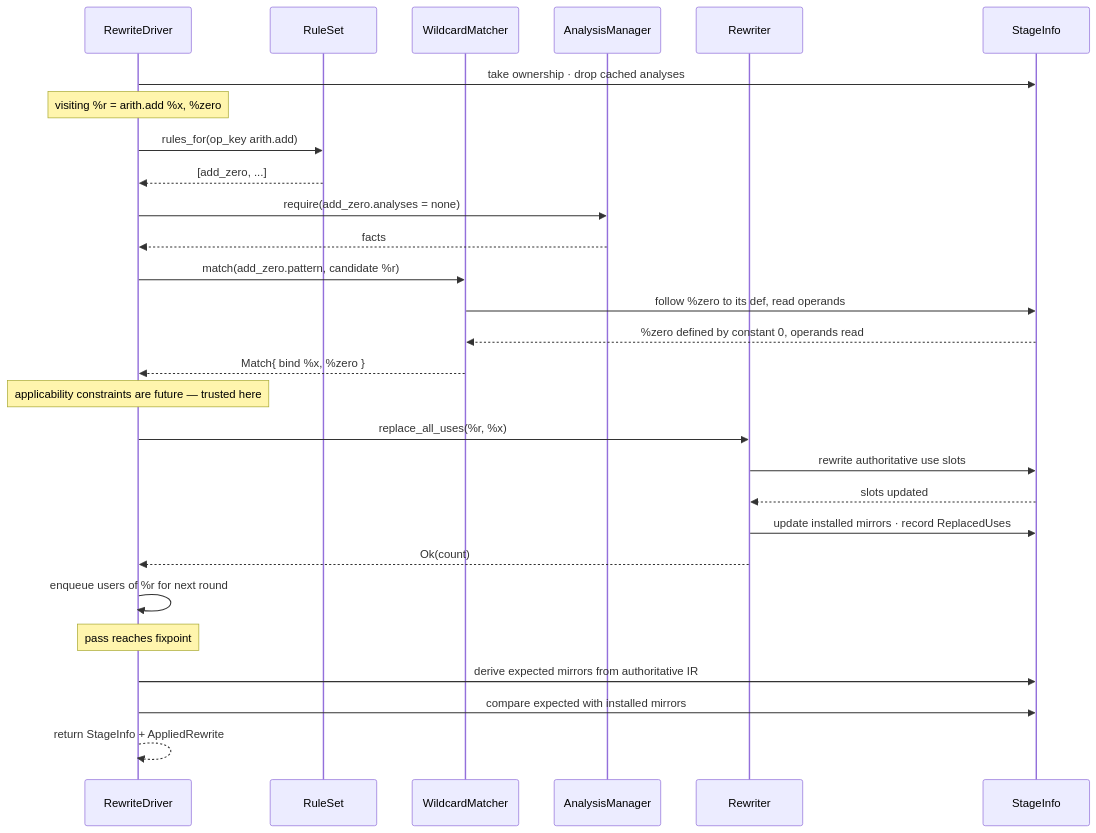
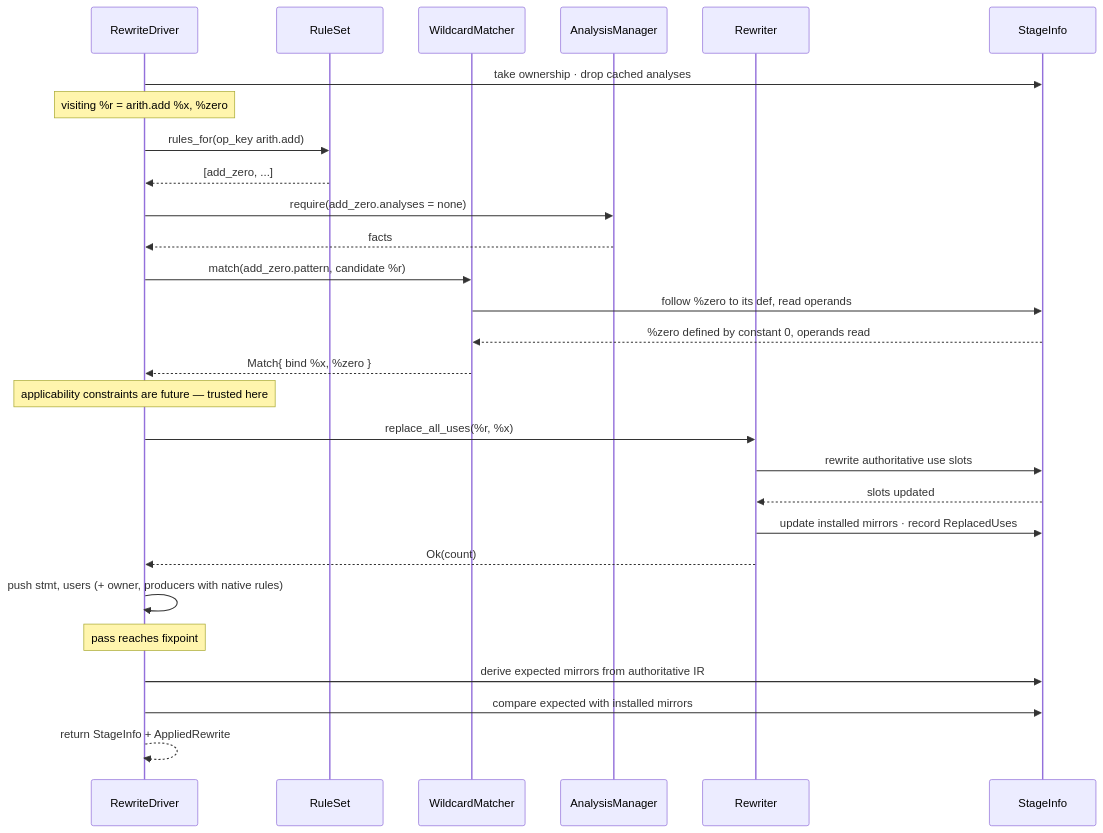
One commit to QuEraComputing/kirin changed the third of 3 diagrams in docs/design/rewrite-engine.md. Above: the diagram before and after it, drawn with Mermaid. The commit also changed other lines of this file and 23 other files, not shown here.

````diff
--- a/docs/design/rewrite-engine.md
+++ b/docs/design/rewrite-engine.md
@@ -211,30 +211,30 @@
 ```mermaid
 sequenceDiagram
   participant D as RewriteDriver
   participant RS as RuleSet
   participant M as WildcardMatcher
   participant AM as AnalysisManager
   participant RW as Rewriter
   participant IR as StageInfo
   D->>IR: take ownership · drop cached analyses
   Note over D: visiting %r = arith.add %x, %zero
   D->>RS: rules_for(op_key arith.add)
   RS-->>D: [add_zero, ...]
   D->>AM: require(add_zero.analyses = none)
   AM-->>D: facts
   D->>M: match(add_zero.pattern, candidate %r)
   M->>IR: follow %zero to its def, read operands
   IR-->>M: %zero defined by constant 0, operands read
   M-->>D: Match{ bind %x, %zero }
   Note over D: applicability constraints are future — trusted here
   D->>RW: replace_all_uses(%r, %x)
   RW->>IR: rewrite authoritative use slots
   IR-->>RW: slots updated
   RW->>IR: update installed mirrors · record ReplacedUses
   RW-->>D: Ok(count)
-  D->>D: enqueue users of %r for next round
+  D->>D: push stmt, users (+ owner, producers with native rules)
   Note over D: pass reaches fixpoint
   D->>IR: derive expected mirrors from authoritative IR
   D->>IR: compare expected with installed mirrors
   D-->>D: return StageInfo + AppliedRewrite
 ```
````
